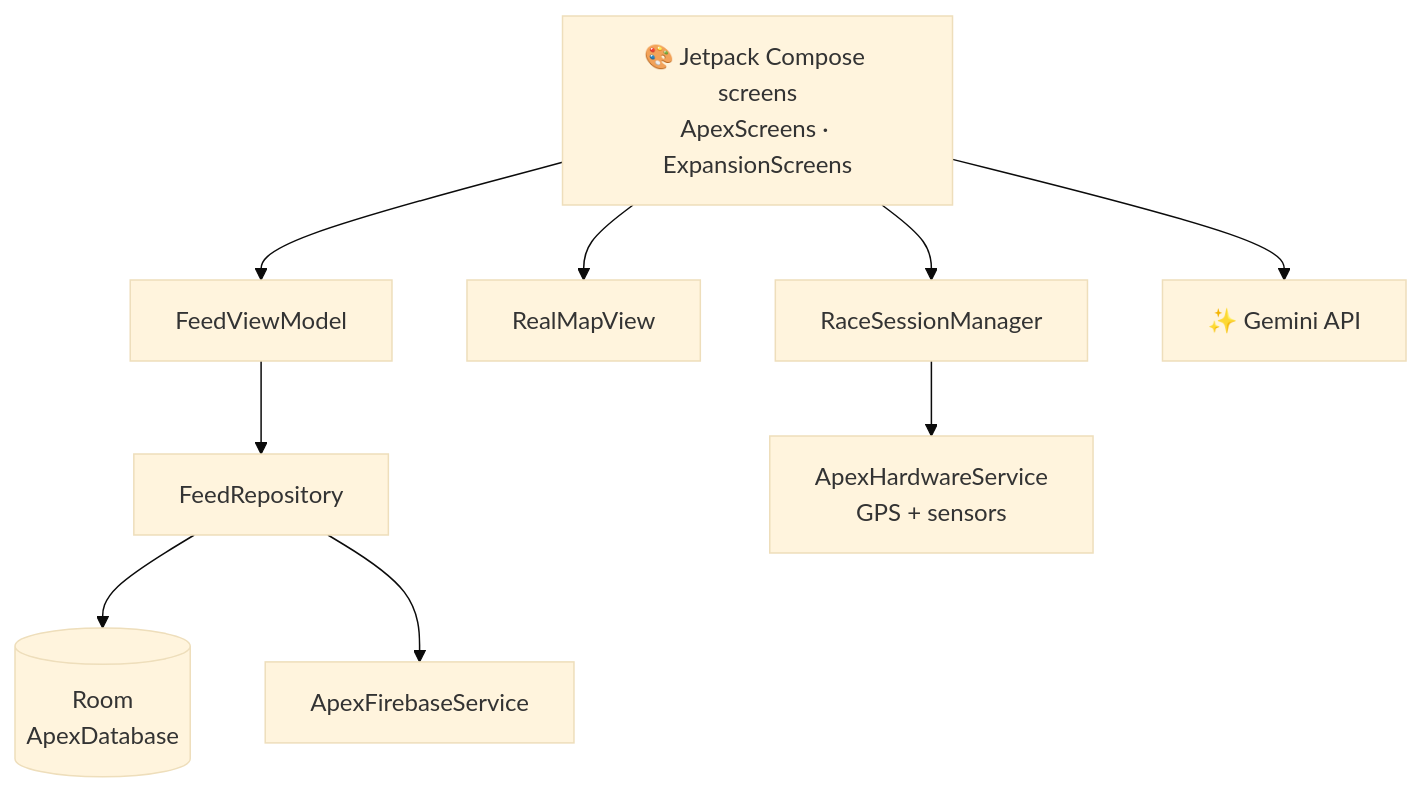
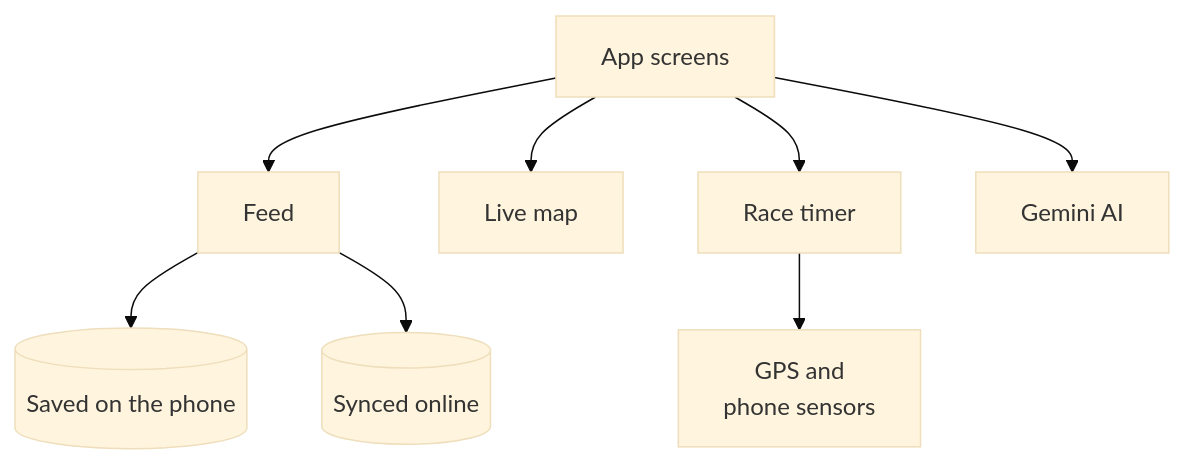
The first of 3 diagrams in README.md (F0rger123/Apex-Cockpit), drawn with Mermaid (base theme) before and after one commit. The commit also changed other lines of this file and 2 other files, not shown here.

First line of the commit message:
docs: plain-English diagrams and an AI guide for pasted links [skip ci]

````diff
--- a/README.md
+++ b/README.md
@@ -49,11 +53,9 @@
 ```mermaid
 flowchart TB
-    UI["🎨 Jetpack Compose screens<br/>ApexScreens · ExpansionScreens"] --> VM["FeedViewModel"]
-    VM --> Repo["FeedRepository"]
-    Repo --> Room[("Room<br/>ApexDatabase")]
-    Repo --> FB["ApexFirebaseService"]
-    UI --> Map["RealMapView"]
-    Race["RaceSessionManager"] --> HW["ApexHardwareService<br/>GPS + sensors"]
-    UI --> Race
-    UI --> Gem["✨ Gemini API"]
+    Screens["App screens"] --> Feed["Feed"]
+    Feed --> Phone[("Saved on the phone")]
+    Feed --> Cloud[("Synced online")]
+    Screens --> Map["Live map"]
+    Screens --> Race["Race timer"] --> GPS["GPS and<br/>phone sensors"]
+    Screens --> AI["Gemini AI"]
 ```
````
